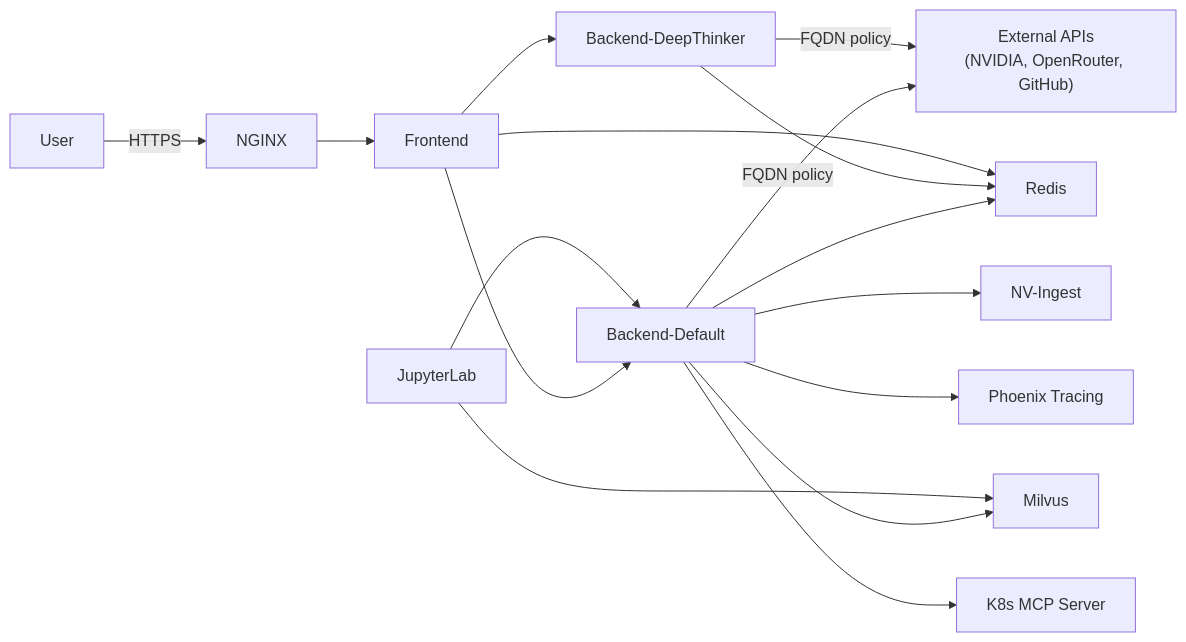
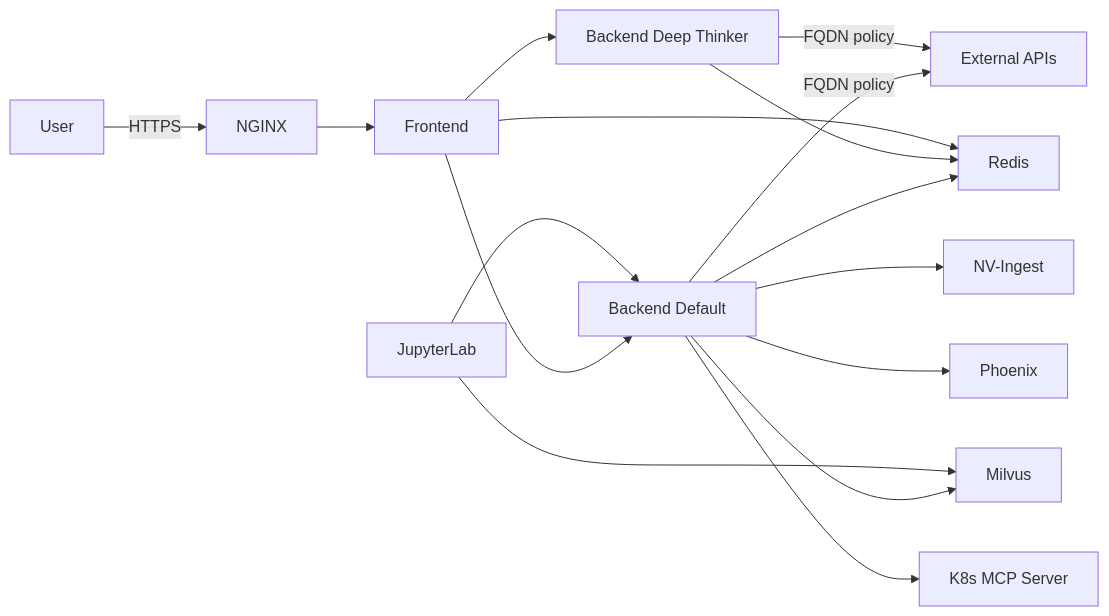
One commit to tuttlebr/daedalus-agent changed the first of 2 diagrams in README.md. Above: the diagram before and after it, drawn with Mermaid. The commit also changed other lines of this file, not shown here.

Commit message:
fix Mermaid diagram syntax for GitHub rendering
Use flowchart instead of graph, remove unsupported direction TB
inside subgraphs, and simplify node labels to avoid rendering errors.

````diff
--- a/README.md
+++ b/README.md
@@ -25,18 +25,18 @@
 ```mermaid
-graph LR
+flowchart LR
     User -->|HTTPS| NGINX
     NGINX --> Frontend
-    Frontend --> Backend-Default
-    Frontend --> Backend-DeepThinker
-    Backend-Default --> Redis
-    Backend-DeepThinker --> Redis
+    Frontend --> BD[Backend Default]
+    Frontend --> BDT[Backend Deep Thinker]
+    BD --> Redis
+    BDT --> Redis
     Frontend --> Redis
-    Backend-Default -->|FQDN policy| ExternalAPIs["External APIs<br/>(NVIDIA, OpenRouter, GitHub)"]
-    Backend-DeepThinker -->|FQDN policy| ExternalAPIs
-    Backend-Default --> Milvus
-    Backend-Default --> NV-Ingest
-    Backend-Default --> Phoenix["Phoenix Tracing"]
-    Backend-Default --> K8sMCP["K8s MCP Server"]
-    JupyterLab --> Backend-Default
+    BD -->|FQDN policy| ExtAPI[External APIs]
+    BDT -->|FQDN policy| ExtAPI
+    BD --> Milvus
+    BD --> NV-Ingest
+    BD --> Phoenix
+    BD --> K8sMCP[K8s MCP Server]
+    JupyterLab --> BD
     JupyterLab --> Milvus
 ```
````
